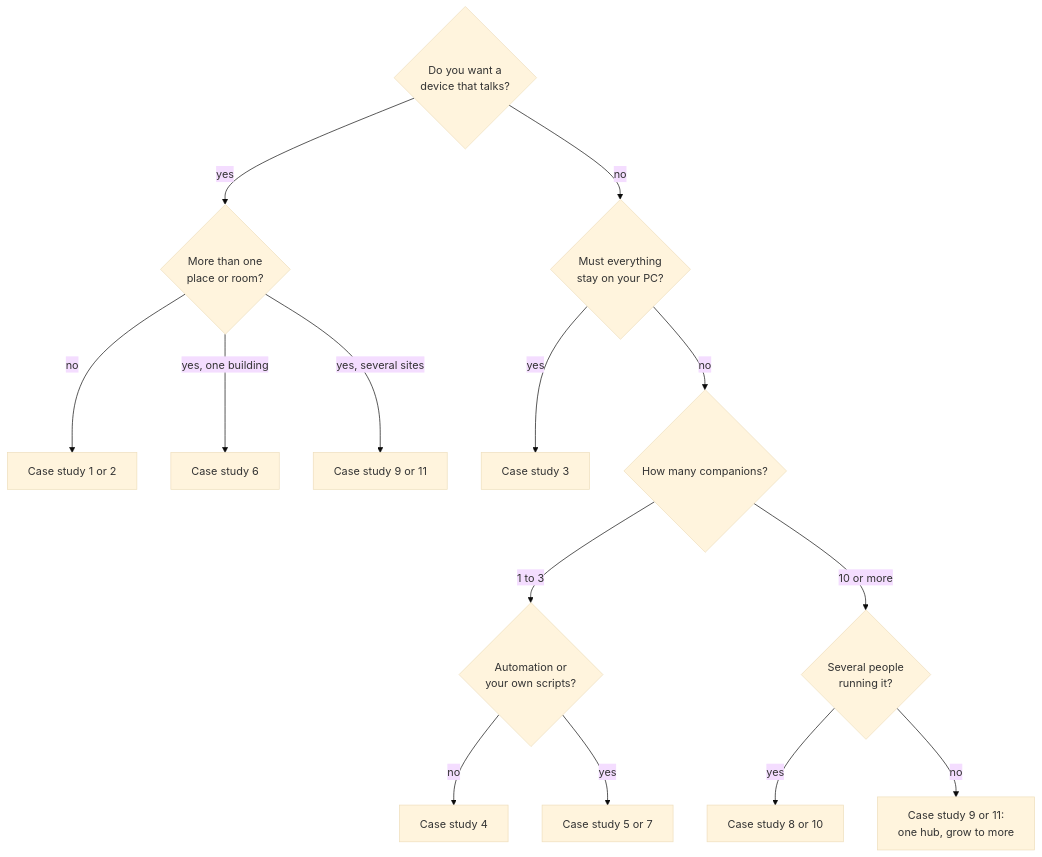
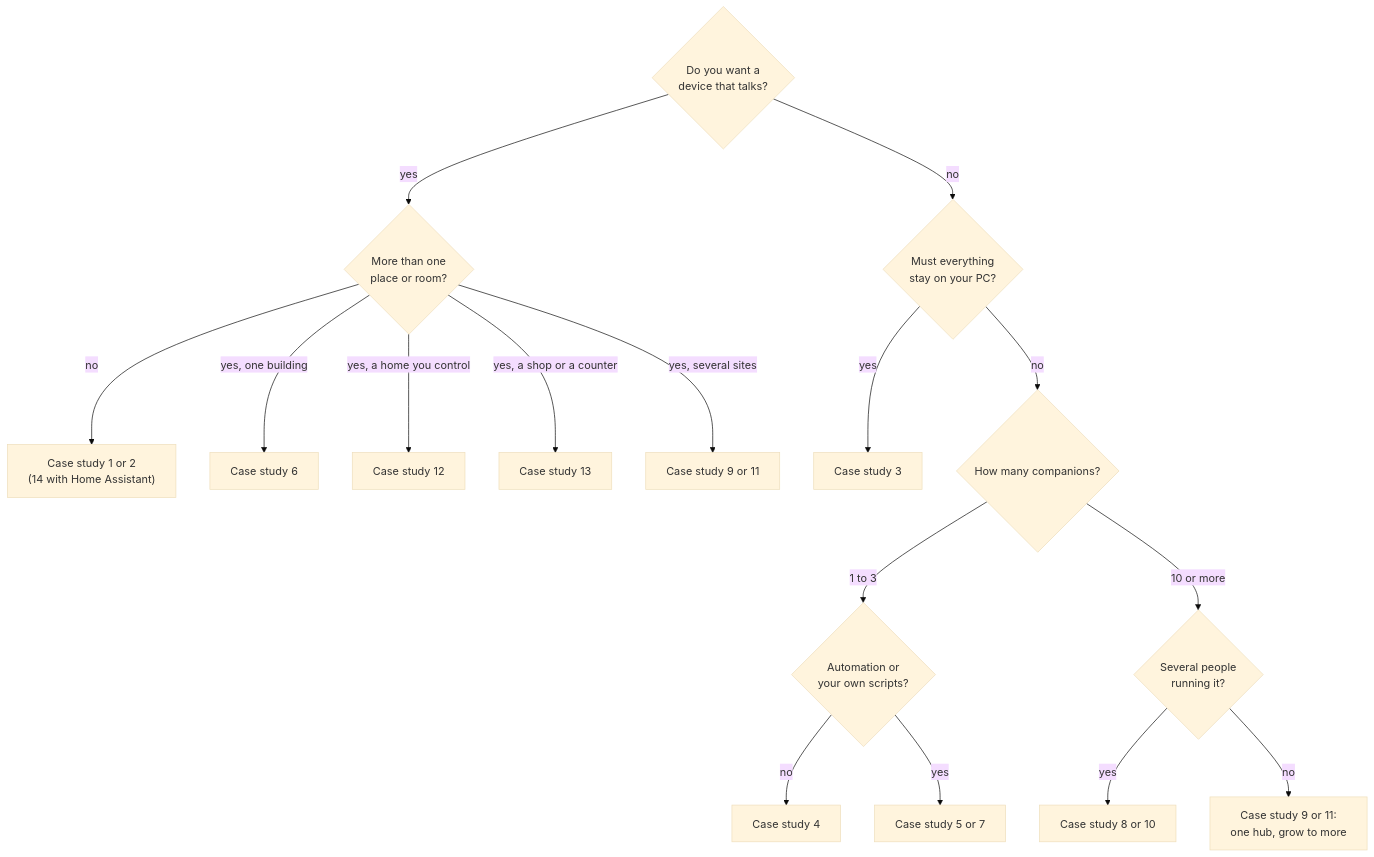
Diagram 20 of 20 in docs/USE_CASES.md (Smugandcomfy/waifu-ai-desktop), drawn with Mermaid (base theme) before and after one commit. The commit also changed other lines of this file and 14 other files, not shown here.

Commit message:
Docs for 0.99.18: Waifu AI Bridge and Home Assistant guides; network page with bridges, roles, bridge codes and which brain answers whom; use cases 9 and 11 rebuilt around Waifu AI Bridge, new 12 (two homes), 13 (shop window), 14 (smart flat); How it works and FAQ updated; restamped v0.99.18

````diff
--- a/docs/USE_CASES.md
+++ b/docs/USE_CASES.md
@@ -640,16 +781,18 @@
 ```mermaid
 flowchart TD
     Q1{"Do you want a<br/>device that talks?"} -- yes --> Q2{"More than one<br/>place or room?"}
     Q1 -- no --> Q3{"Must everything<br/>stay on your PC?"}
-    Q2 -- "no" --> C1["Case study 1 or 2"]
+    Q2 -- "no" --> C1["Case study 1 or 2<br/>(14 with Home Assistant)"]
     Q2 -- "yes, one building" --> C6["Case study 6"]
+    Q2 -- "yes, a home you control" --> C12["Case study 12"]
+    Q2 -- "yes, a shop or a counter" --> C13["Case study 13"]
     Q2 -- "yes, several sites" --> C9["Case study 9 or 11"]
     Q3 -- yes --> C3["Case study 3"]
     Q3 -- no --> Q4{"How many companions?"}
     Q4 -- "1 to 3" --> Q5{"Automation or<br/>your own scripts?"}
     Q5 -- no --> C4["Case study 4"]
     Q5 -- yes --> C57["Case study 5 or 7"]
     Q4 -- "10 or more" --> Q6{"Several people<br/>running it?"}
     Q6 -- yes --> C810["Case study 8 or 10"]
     Q6 -- no --> C9b["Case study 9 or 11:<br/>one hub, grow to more"]
 ```
````
